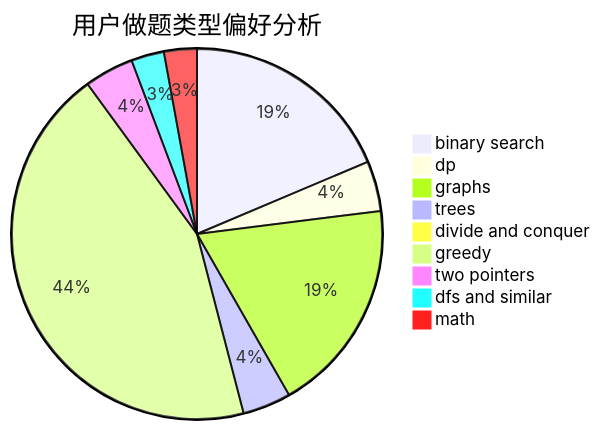
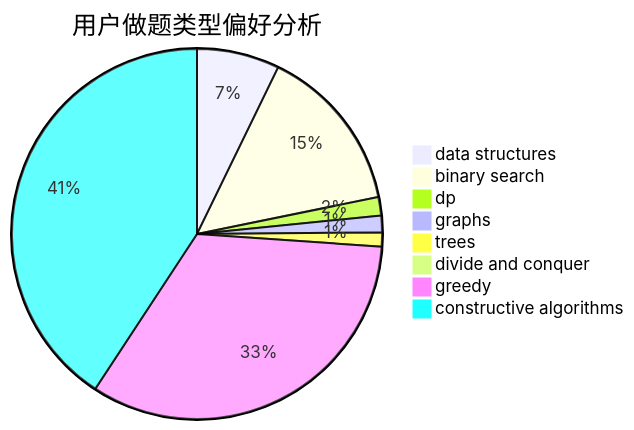
The second of 3 diagrams in docs/user/u1575.md (sherpahu/cfrs.github.io), drawn with Mermaid before and after one commit. The commit also changed other lines of this file and 2775 other files, not shown here.

````diff
--- a/docs/user/u1575.md
+++ b/docs/user/u1575.md
@@ -23,12 +23,11 @@
 ```mermaid
 pie title 用户做题类型偏好分析
-    "binary search" :  221
-    "dp" :  52
-    "graphs" :  222
-    "trees" :  50
-    "divide and conquer" :  6
-    "greedy" :  522
-    "two pointers" :  51
-    "dfs and similar" :  34
-    "math" :  34
+    "data structures" :  94
+    "binary search" :  190
+    "dp" :  21
+    "graphs" :  19
+    "trees" :  16
+    "divide and conquer" :  0
+    "greedy" :  432
+    "constructive algorithms" :  531
 ```
````
